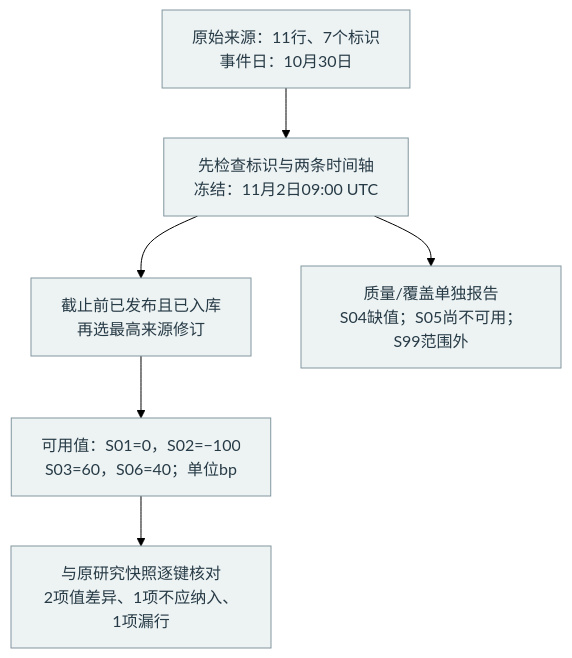
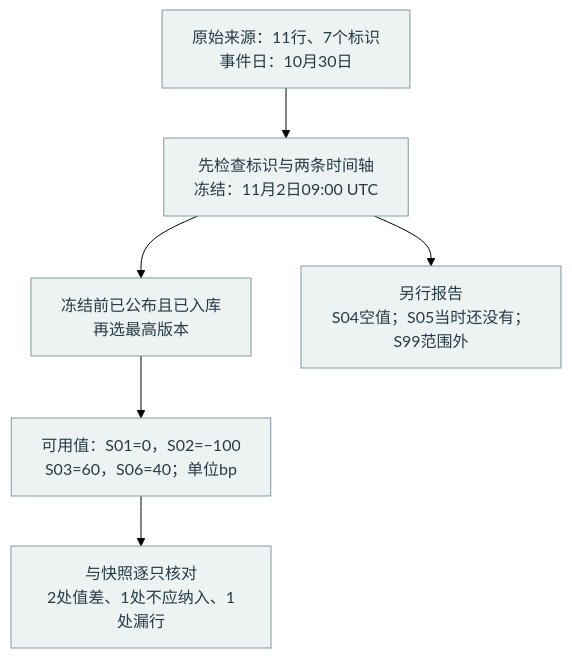
Before and after one commit to HengYangDS/rethinking-work: the diagram in diagrams/reconcile.mmd, drawn with Mermaid (forest theme). The commit also changed 100 other files, not shown here.

```diff
--- a/diagrams/reconcile.mmd
+++ b/diagrams/reconcile.mmd
@@ -1,8 +1,8 @@
 flowchart TD
  A["原始来源：11行、7个标识<br/>事件日：10月30日"] --> B["先检查标识与两条时间轴<br/>冻结：11月2日09:00 UTC"]
- B --> C["截止前已发布且已入库<br/>再选最高来源修订"]
+ B --> C["冻结前已公布且已入库<br/>再选最高版本"]
  C --> D["可用值：S01=0，S02=−100<br/>S03=60，S06=40；单位bp"]
- D --> E["与原研究快照逐键核对<br/>2项值差异、1项不应纳入、1项漏行"]
- B --> Q["质量/覆盖单独报告<br/>S04缺值；S05尚不可用；S99范围外"]
+ D --> E["与快照逐只核对<br/>2处值差、1处不应纳入、1处漏行"]
+ B --> Q["另行报告<br/>S04空值；S05当时还没有；S99范围外"]
 classDef base fill:#edf2f3,stroke:#82979f,color:#273b46,stroke-width:1px;
 class A,B,C,D,E,Q base;
```
